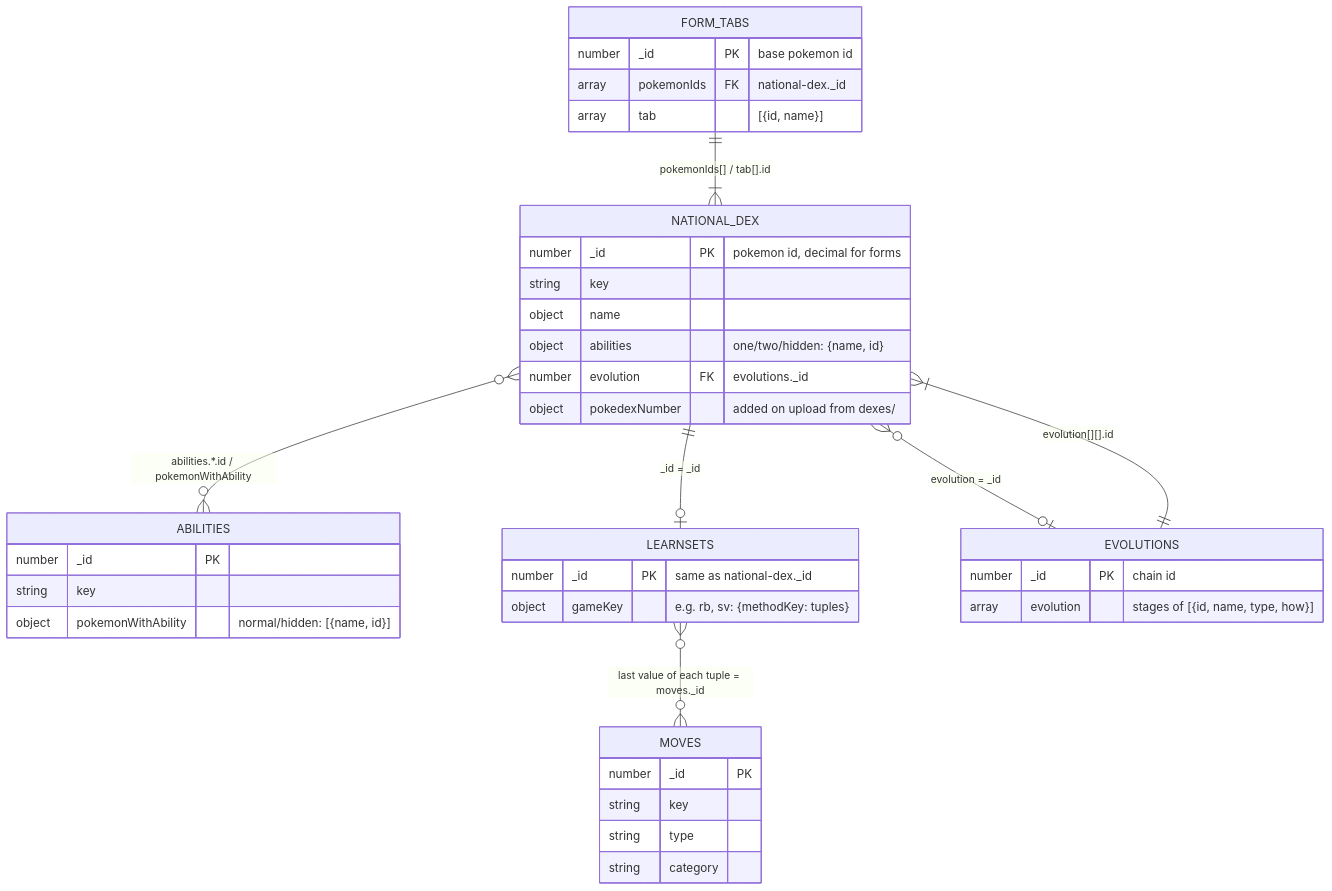
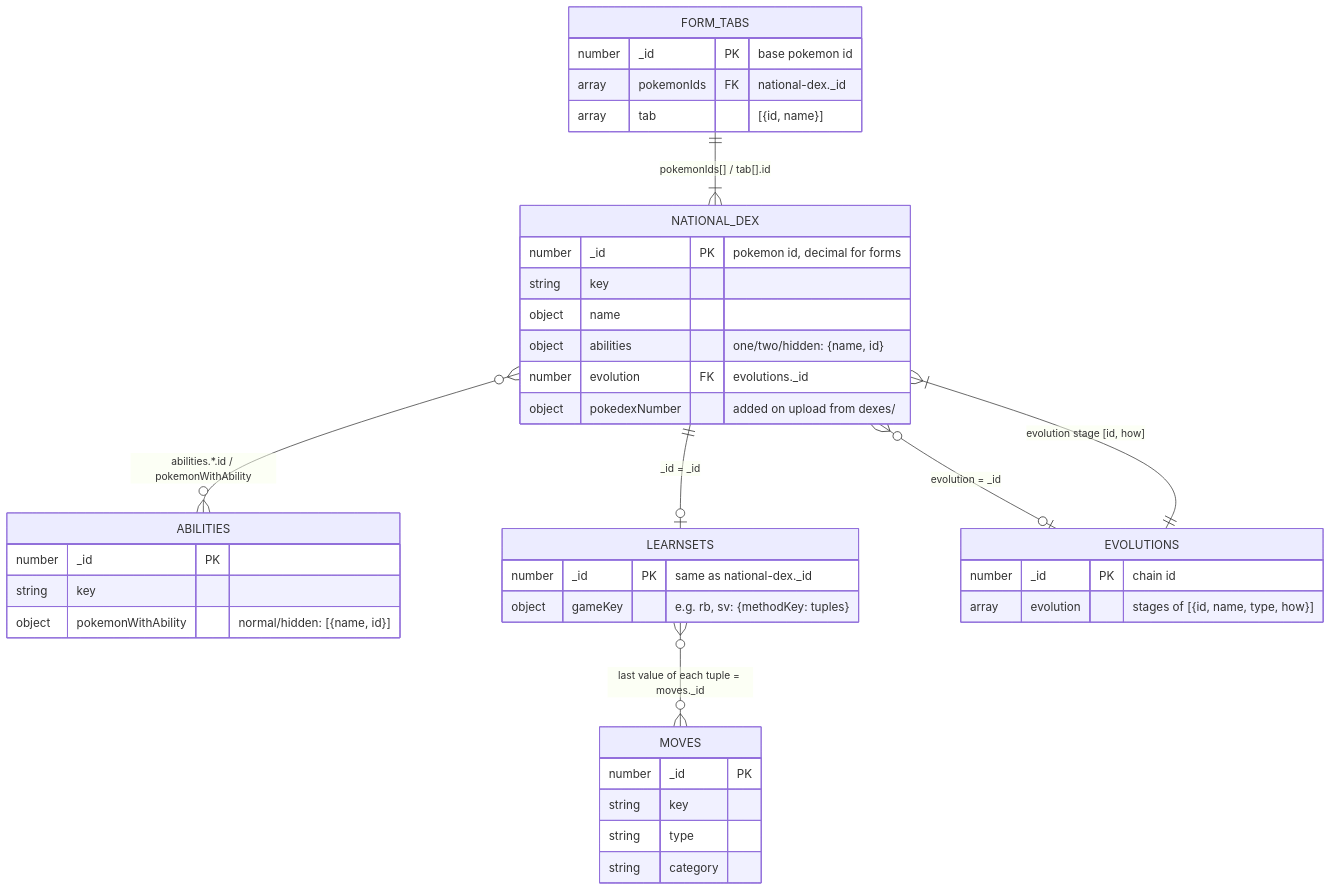
One commit to Fenrisulfr-33/pokemon-database changed the first of 2 diagrams in docs/README.md. Above: the diagram before and after it, drawn with Mermaid. The commit also changed other lines of this file and 343 other files, not shown here.

First line of the commit message:
Simplify evolution entries to [id, how] tuples

````diff
--- a/docs/README.md
+++ b/docs/README.md
@@ -35,42 +35,42 @@
 ```mermaid
 erDiagram
     NATIONAL_DEX {
         number _id PK "pokemon id, decimal for forms"
         string key
         object name
         object abilities "one/two/hidden: {name, id}"
         number evolution FK "evolutions._id"
         object pokedexNumber "added on upload from dexes/"
     }
     ABILITIES {
         number _id PK
         string key
         object pokemonWithAbility "normal/hidden: [{name, id}]"
     }
     MOVES {
         number _id PK
         string key
         string type
         string category
     }
     LEARNSETS {
         number _id PK "same as national-dex._id"
         object gameKey "e.g. rb, sv: {methodKey: tuples}"
     }
     EVOLUTIONS {
         number _id PK "chain id"
         array evolution "stages of [{id, name, type, how}]"
     }
     FORM_TABS {
         number _id PK "base pokemon id"
         array pokemonIds FK "national-dex._id"
         array tab "[{id, name}]"
     }
 
     NATIONAL_DEX ||--o| LEARNSETS : "_id = _id"
     NATIONAL_DEX }o--o{ ABILITIES : "abilities.*.id / pokemonWithAbility"
     LEARNSETS }o--o{ MOVES : "last value of each tuple = moves._id"
     NATIONAL_DEX }o--o| EVOLUTIONS : "evolution = _id"
-    EVOLUTIONS ||--|{ NATIONAL_DEX : "evolution[][].id"
+    EVOLUTIONS ||--|{ NATIONAL_DEX : "evolution stage [id, how]"
     FORM_TABS ||--|{ NATIONAL_DEX : "pokemonIds[] / tab[].id"
 ```
````
